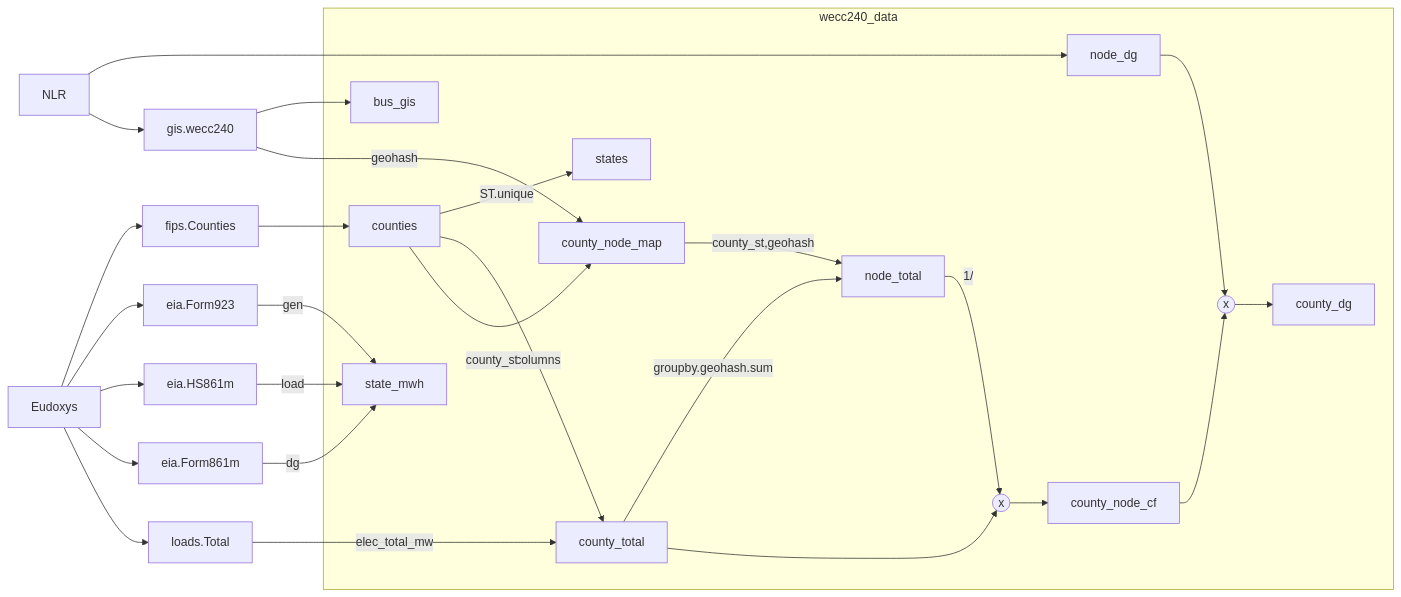
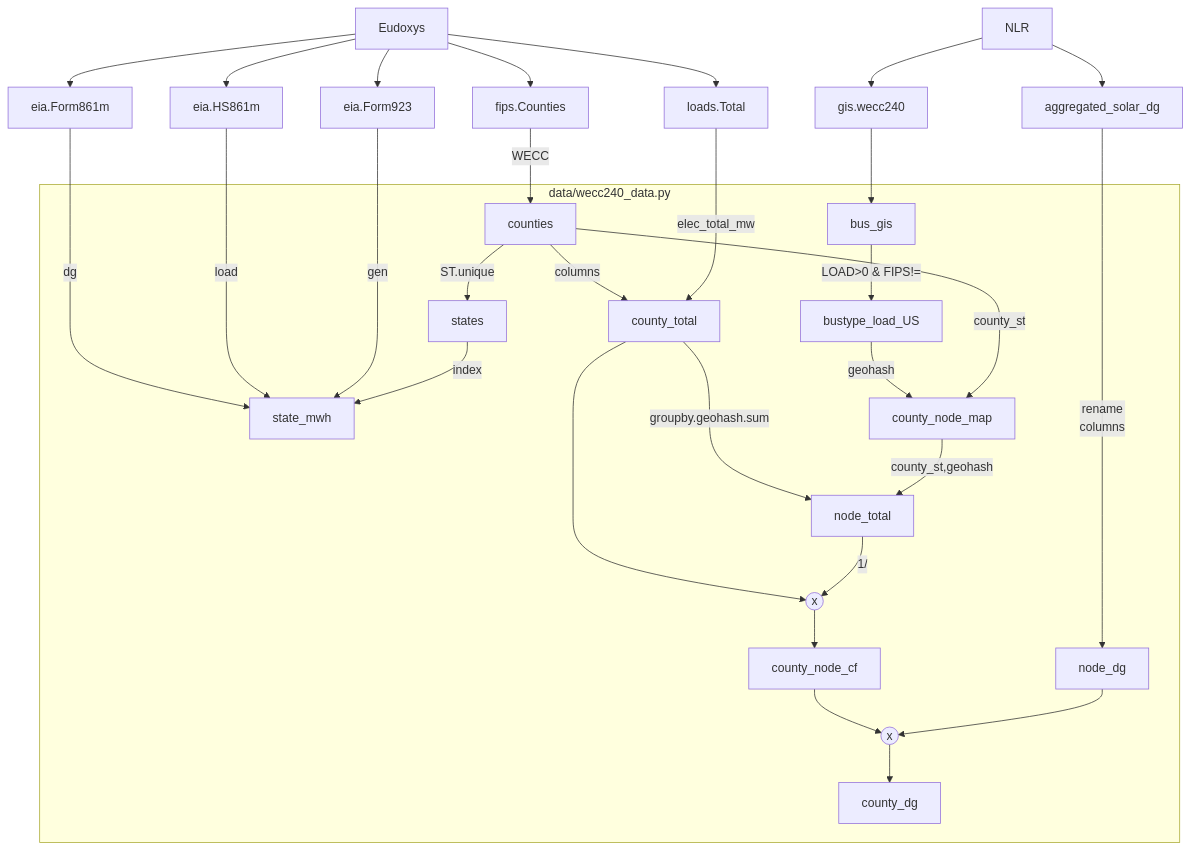
The diagram in wecc240/data/README.md (eudoxys/wecc240), drawn with Mermaid before and after one commit.

````diff
--- a/wecc240/data/README.md
+++ b/wecc240/data/README.md
@@ -2,51 +2,55 @@
 ```mermaid
-flowchart LR
+flowchart TD
     
     Eudoxys --> fips.Counties
-    fips.Counties --> counties 
+    fips.Counties -->|WECC| counties 
     
-    Eudoxys --> eia.Form923 -->|gen| state_mwh
-    Eudoxys --> eia.HS861m -->|load| state_mwh
-    Eudoxys --> eia.Form861m -->|dg| state_mwh
+    states -->|index| state_mwh
+    Eudoxys --> eia.Form923 ---->|gen| state_mwh
+    Eudoxys --> eia.HS861m ---->|load| state_mwh
+    Eudoxys --> eia.Form861m ---->|dg| state_mwh
     
-    NLR --> node_dg
+    NLR --> solar_dg["aggregated_solar_dg"] ------->|rename
+    columns| node_dg
     
-    counties -->|ST.unique| states
     
     NLR --> gis.wecc240
     gis.wecc240 --> bus_gis
+    bus_gis -->|LOAD>0 & FIPS!=""| bustype_load_US
 
-    counties -->|columns| county_total
     Eudoxys --> loads.Total
     loads.Total --->|elec_total_mw| county_total
 
     counties -->|county_st| county_node_map
-    gis.wecc240 --->|geohash| county_node_map
+    counties -->|ST.unique| states
+    counties -->|columns| county_total
+    bustype_load_US -->|geohash| county_node_map
 
     county_node_map -->|county_st,geohash| node_total 
-    county_total -->|groupby.geohash.sum| node_total
+    county_total --->|groupby.geohash.sum| node_total
 
     node_total -->|1/| mul1
     mul1 --> county_node_cf
     county_total --> mul1
 
     node_dg --> mul2
     county_node_cf --> mul2
     mul2 --> county_dg
 
-    subgraph wecc240_data
+    subgraph data/wecc240_data.py
         counties
         states
         bus_gis
+        bustype_load_US
         node_dg
         state_mwh
         county_total
         county_node_map
         node_total
         county_node_cf
         county_dg
 
         mul1((x))
         mul2((x))
     end
 ```
````
